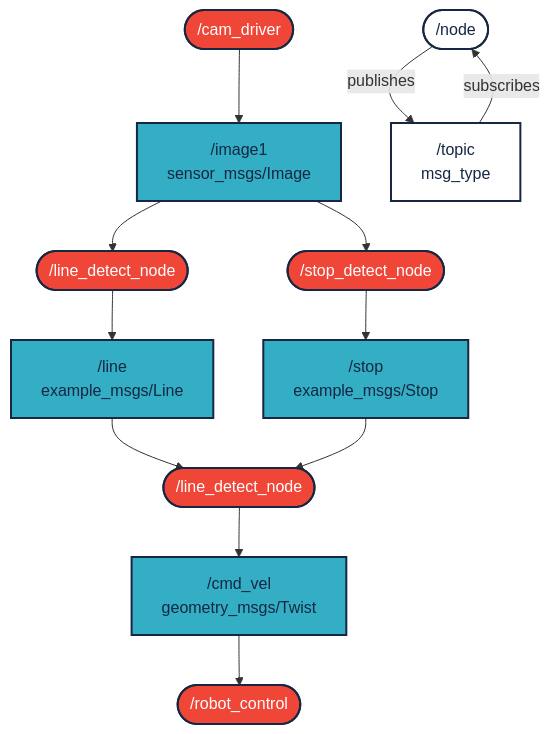
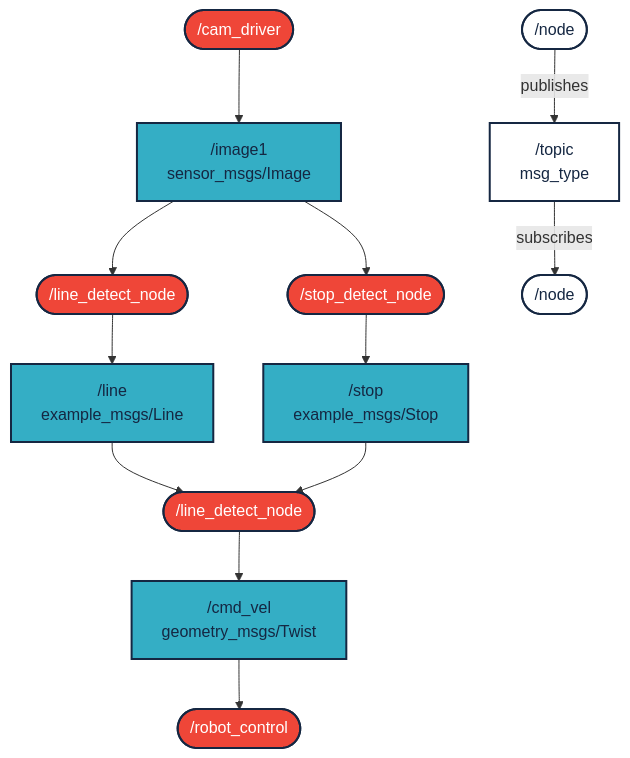
The first of 3 diagrams in docs/bevezetes/ros2.md (sze-info/arj), drawn with Mermaid before and after one commit. The commit also changed other lines of this file and 2 other files, not shown here.

Commit message:
Folyamtábrák frissítve mermaid leírás szerint

````diff
--- a/docs/bevezetes/ros2.md
+++ b/docs/bevezetes/ros2.md
@@ -63,19 +58,19 @@
 ``` mermaid
 graph TD;
 
     camd([/cam_driver]):::red --> im1[ /image1<br/>sensor_msgs/Image]:::light
     im1 --> li1([ /line_detect_node]):::red
     im1 --> st1([ /stop_detect_node]):::red
     li1 --> li2[ /line<br/>example_msgs/Line]:::light
     st1 --> st2[ /stop<br/>example_msgs/Stop]:::light
     li2 --> nav([ /line_detect_node]):::red
     st2 --> nav
     nav --> cmd[ /cmd_vel<br/>geometry_msgs/Twist]:::light
     cmd --> control([ /robot_control]):::red
-    n([ /node]):::white -- publishes --> t[ /topic<br/>msg_type]:::white
-    t -- subscribes --> n
+    n1([ /node]):::white -- publishes --> t[ /topic<br/>msg_type]:::white
+    t -- subscribes --> n2([ /node]):::white
     classDef light fill:#34aec5,stroke:#152742,stroke-width:2px,color:#152742  
     classDef dark fill:#152742,stroke:#34aec5,stroke-width:2px,color:#34aec5
     classDef white fill:#ffffff,stroke:#152742,stroke-width:2px,color:#152742
     classDef red fill:#ef4638,stroke:#152742,stroke-width:2px,color:#fff
 ```
````
